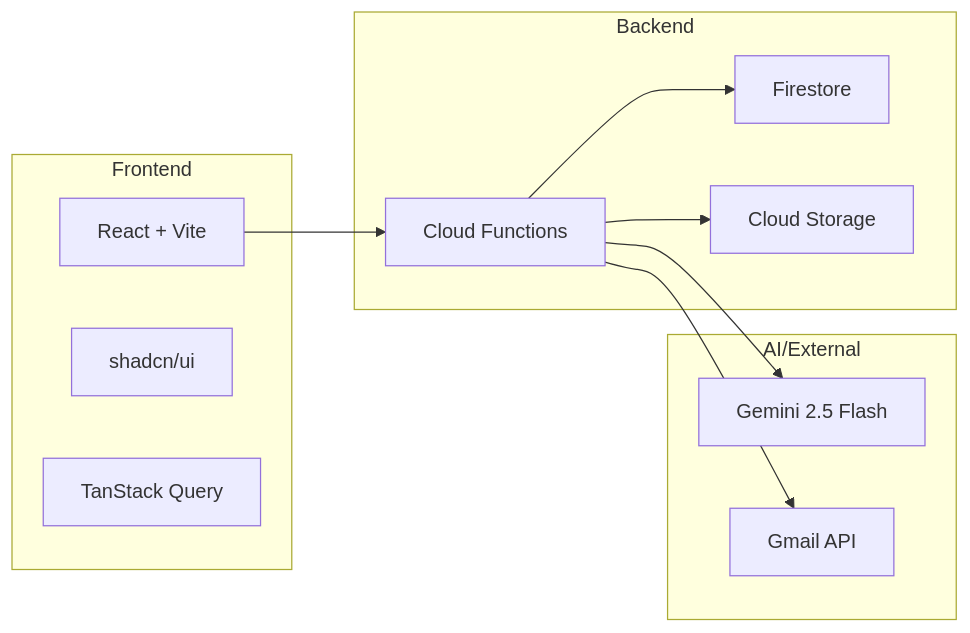
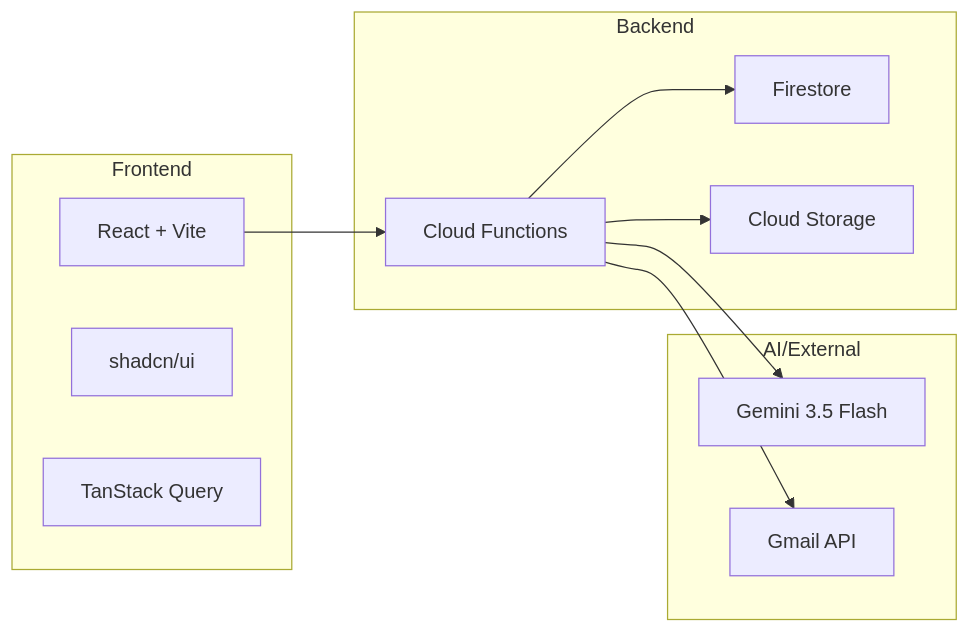
Before and after one commit to yasushi-honda/doc-split: the diagram in docs/README.md, drawn with Mermaid. The commit also changed other lines of this file and 15 other files, not shown here.

````diff
--- a/docs/README.md
+++ b/docs/README.md
@@ -33,25 +33,25 @@
 ```mermaid
 graph LR
     subgraph Frontend
         A[React + Vite]
         B[shadcn/ui]
         C[TanStack Query]
     end
 
     subgraph Backend
         D[Cloud Functions]
         E[Firestore]
         F[Cloud Storage]
     end
 
     subgraph AI/External
-        G[Gemini 2.5 Flash]
+        G[Gemini 3.5 Flash]
         H[Gmail API]
     end
 
     A --> D
     D --> E
     D --> F
     D --> G
     D --> H
 ```
````
